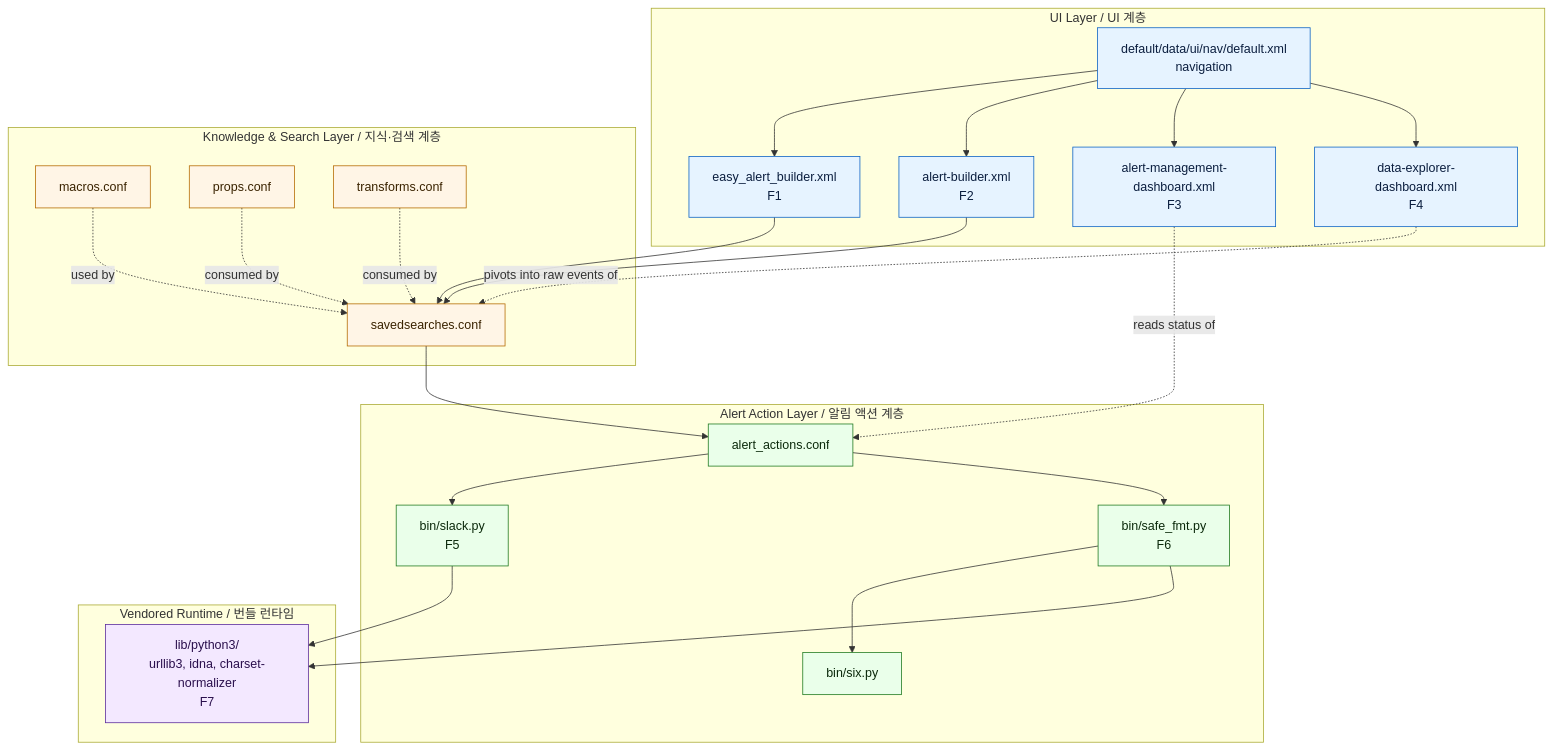
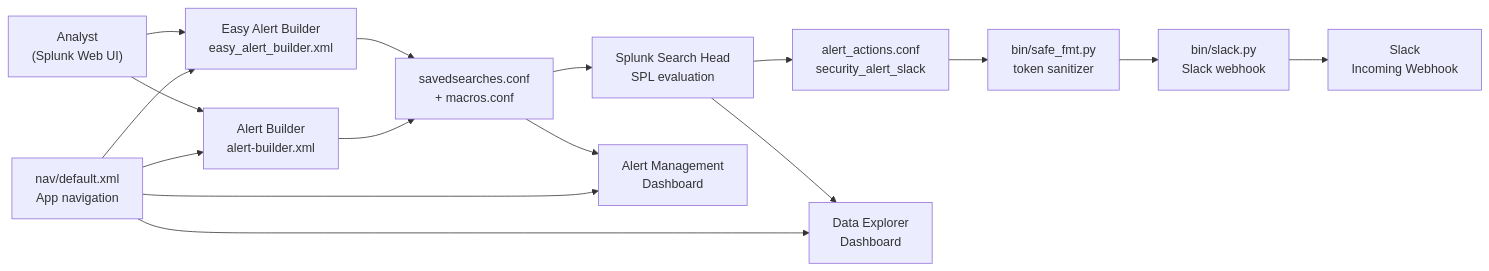
Before and after one commit to jclee941/splunk: the diagram in README.md, drawn with Mermaid. The commit also changed other lines of this file, not shown here.

````diff
--- a/README.md
+++ b/README.md
@@ -79,59 +77,31 @@
 ```mermaid
-flowchart TB
-    classDef ui fill:#e6f3ff,stroke:#0b62c4,color:#0b1e3f;
-    classDef kb fill:#fff5e6,stroke:#b56b00,color:#3a2300;
-    classDef act fill:#eaffea,stroke:#1f7a1f,color:#0c2a0c;
-    classDef rt fill:#f3e8ff,stroke:#5a2b9c,color:#2a0f4d;
+flowchart LR
+    Analyst["Analyst<br/>(Splunk Web UI)"]
+    EB["Easy Alert Builder<br/>easy_alert_builder.xml"]
+    AB["Alert Builder<br/>alert-builder.xml"]
+    SS["savedsearches.conf<br/>+ macros.conf"]
+    SPL["Splunk Search Head<br/>SPL evaluation"]
+    AA["alert_actions.conf<br/>security_alert_slack"]
+    SF["bin/safe_fmt.py<br/>token sanitizer"]
+    SL["bin/slack.py<br/>Slack webhook"]
+    Slack["Slack<br/>Incoming Webhook"]
+    AMD["Alert Management<br/>Dashboard"]
+    DXD["Data Explorer<br/>Dashboard"]
+    NAV["nav/default.xml<br/>App navigation"]
 
-    subgraph UI["UI Layer / UI 계층"]
-        NAV["default/data/ui/nav/default.xml<br/>navigation"]
-        EAB["easy_alert_builder.xml<br/>F1"]
-        AB["alert-builder.xml<br/>F2"]
-        AMD["alert-management-dashboard.xml<br/>F3"]
-        DXD["data-explorer-dashboard.xml<br/>F4"]
-    end
-
-    subgraph KB["Knowledge &amp; Search Layer / 지식·검색 계층"]
-        SAV["savedsearches.conf"]
-        MAC["macros.conf"]
-        PRO["props.conf"]
-        TR["transforms.conf"]
-    end
-
-    subgraph ACT["Alert Action Layer / 알림 액션 계층"]
-        AAC["alert_actions.conf"]
-        SLK["bin/slack.py<br/>F5"]
-        SFM["bin/safe_fmt.py<br/>F6"]
-        SIX["bin/six.py"]
-    end
-
-    subgraph RT["Vendored Runtime / 번들 런타임"]
-        PY["lib/python3/<br/>urllib3, idna, charset-normalizer<br/>F7"]
-    end
-
-    NAV --> EAB
+    Analyst --> EB
+    Analyst --> AB
+    EB --> SS
+    AB --> SS
+    SS --> SPL
+    SPL --> AA
+    AA --> SF
+    SF --> SL
+    SL --> Slack
+    SS --> AMD
+    SPL --> DXD
+    NAV --> EB
     NAV --> AB
     NAV --> AMD
     NAV --> DXD
-
-    EAB --> SAV
-    AB --> SAV
-    SAV --> AAC
-    AAC --> SLK
-    AAC --> SFM
-    SFM --> SIX
-    SLK --> PY
-    SFM --> PY
-
-    MAC -. used by .-> SAV
-    PRO -. consumed by .-> SAV
-    TR -. consumed by .-> SAV
-
-    AMD -. reads status of .-> AAC
-    DXD -. pivots into raw events of .-> SAV
-
-    class NAV,EAB,AB,AMD,DXD ui;
-    class SAV,MAC,PRO,TR kb;
-    class AAC,SLK,SFM,SIX act;
-    class PY rt;
 ```
````
